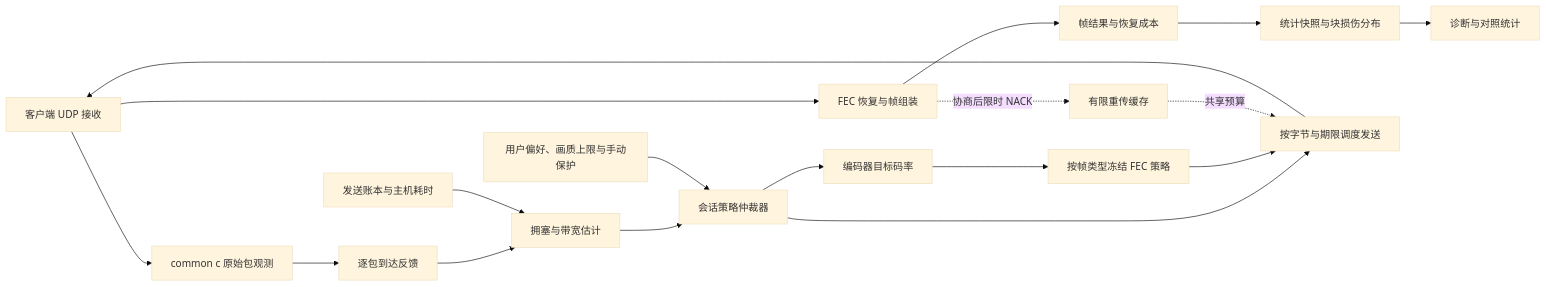
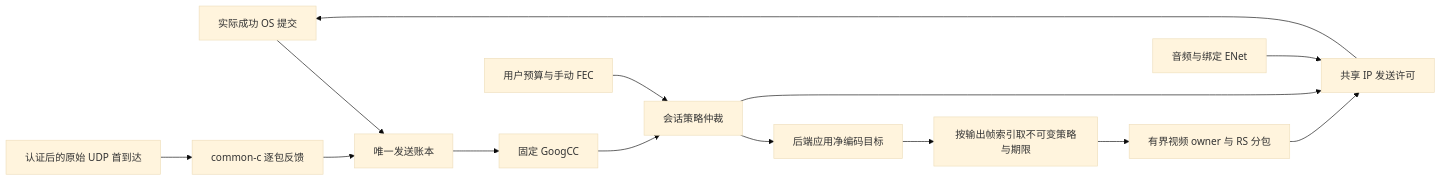
Before and after one commit to AlkaidLab/foundation-sunshine: the diagram in docs/adaptive-fec-design.zh-CN.md, drawn with Mermaid (base theme). The commit also changed other lines of this file and 2 other files, not shown here.

````diff
--- a/docs/adaptive-fec-design.zh-CN.md
+++ b/docs/adaptive-fec-design.zh-CN.md
@@ -62,20 +20,16 @@
 ```mermaid
 flowchart LR
-    RX[客户端 UDP 接收] --> RAW[common c 原始包观测]
-    RX --> FEC[FEC 恢复与帧组装]
-    FEC --> OUT[帧结果与恢复成本]
-    RAW --> FAST[逐包到达反馈]
-    FAST --> CC[拥塞与带宽估计]
-    OUT --> SLOW[统计快照与块损伤分布]
-    SLOW --> DISPLAY[诊断与对照统计]
-    HOST[发送账本与主机耗时] --> CC
-    CC --> PLAN[会话策略仲裁器]
-    Q[用户偏好、画质上限与手动保护] --> PLAN
-    PLAN --> ENC[编码器目标码率]
-    ENC --> PKT[按帧类型冻结 FEC 策略]
-    PLAN --> PACE[按字节与期限调度发送]
-    PKT --> PACE
-    FEC -. 协商后限时 NACK .-> RTX[有限重传缓存]
-    RTX -. 共享预算 .-> PACE
-    PACE --> RX
+    SEND[实际成功 OS 提交] --> LEDGER[唯一发送账本]
+    RX[认证后的原始 UDP 首到达] --> REPORT[common-c 逐包反馈]
+    REPORT --> LEDGER
+    LEDGER --> GCC[固定 GoogCC]
+    USER[用户预算与手动 FEC] --> POLICY[会话策略仲裁]
+    GCC --> POLICY
+    POLICY --> ENC[后端应用净编码目标]
+    ENC --> FRAME[按输出帧索引取不可变策略与期限]
+    FRAME --> OWNER[有界视频 owner 与 RS 分包]
+    OWNER --> SHARED
+    POLICY --> SHARED[共享 IP 发送许可]
+    SHARED --> SEND
+    AUDIO[音频与绑定 ENet] --> SHARED
 ```
````
